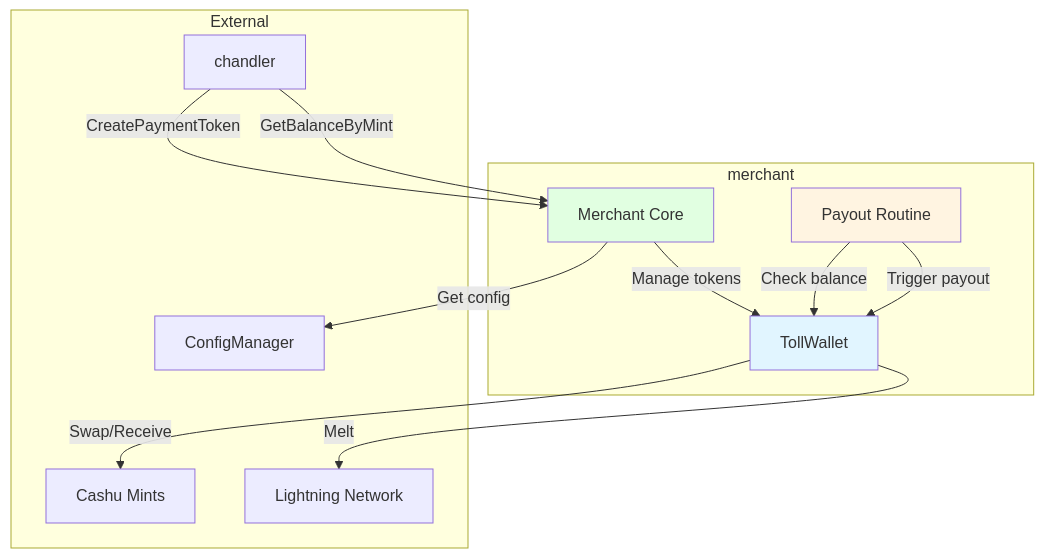
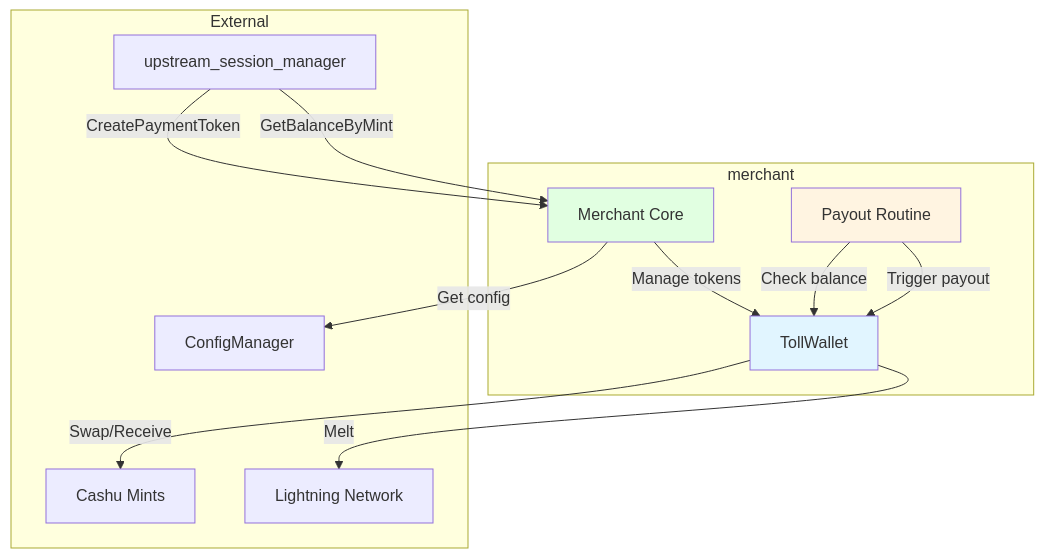
The first of 5 diagrams in docs/merchant.md (OpenTollGate/tollgate-module-basic-go), drawn with Mermaid before and after one commit. The commit also changed other lines of this file and 24 other files, not shown here.

First line of the commit message:
rename chandler → upstream_session_manager

````diff
--- a/docs/merchant.md
+++ b/docs/merchant.md
@@ -16,28 +16,28 @@
 ```mermaid
 graph TB
     subgraph merchant
         MR[Merchant Core]
         TW[TollWallet]
         PO[Payout Routine]
     end
     
     subgraph External
-        CH[chandler]
+        CH[upstream_session_manager]
         CFG[ConfigManager]
         MINT[Cashu Mints]
         LN[Lightning Network]
     end
     
     CH -->|CreatePaymentToken| MR
     CH -->|GetBalanceByMint| MR
     MR -->|Manage tokens| TW
     TW -->|Swap/Receive| MINT
     TW -->|Melt| LN
     MR -->|Get config| CFG
     PO -->|Check balance| TW
     PO -->|Trigger payout| TW
     
     style MR fill:#e1ffe1
     style TW fill:#e1f5ff
     style PO fill:#fff4e1
 ```
````
